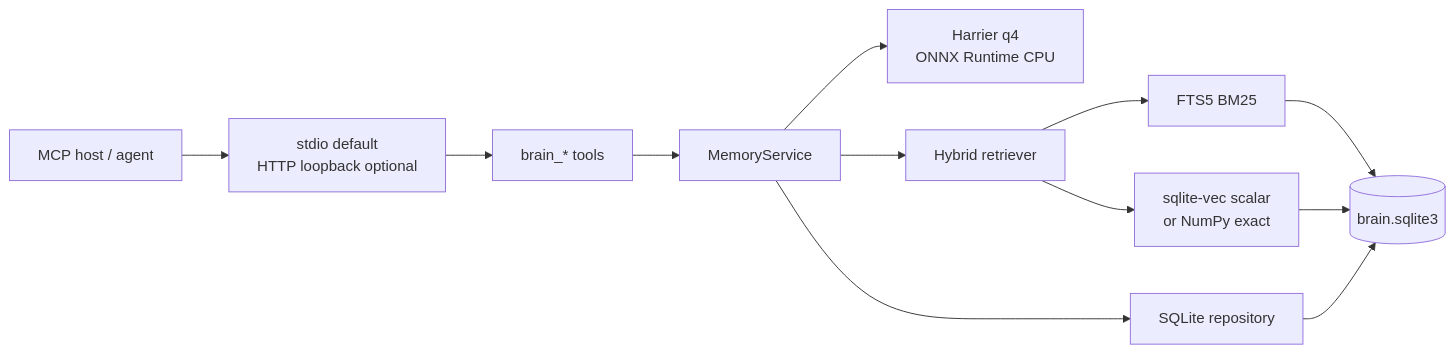
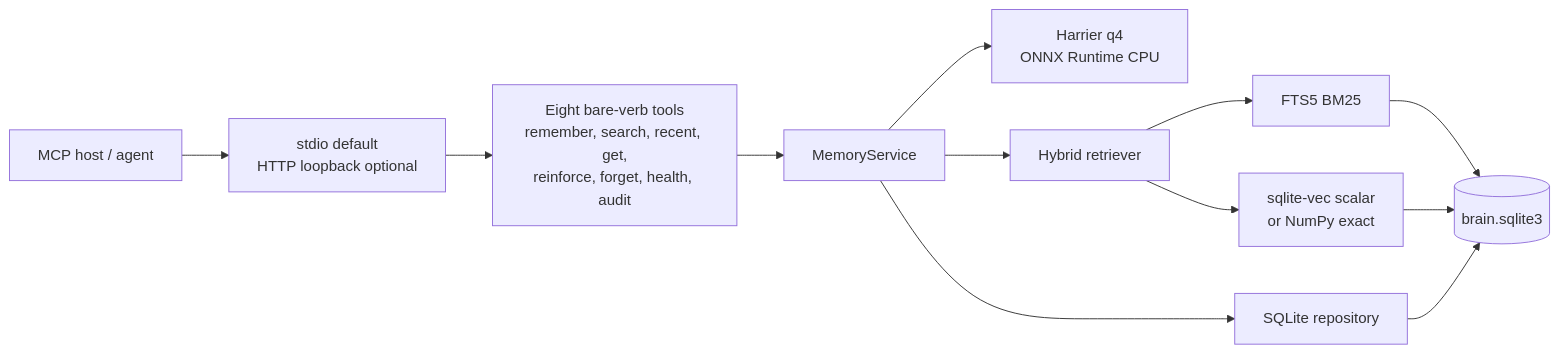
The diagram in .agents/plans/another-brain-architecture.md (Flowerf19/another-brain), drawn with Mermaid before and after one commit. The commit also changed other lines of this file and 26 other files, not shown here.

````diff
--- a/.agents/plans/another-brain-architecture.md
+++ b/.agents/plans/another-brain-architecture.md
@@ -54,14 +54,14 @@
 ```mermaid
 flowchart LR
     Host["MCP host / agent"] --> Transport["stdio default\nHTTP loopback optional"]
-    Transport --> Tools["brain_* tools"]
+    Transport --> Tools["Eight bare-verb tools<br/>remember, search, recent, get,<br/>reinforce, forget, health, audit"]
     Tools --> Service["MemoryService"]
     Service --> Embed["Harrier q4\nONNX Runtime CPU"]
     Service --> Retrieval["Hybrid retriever"]
     Service --> Repository["SQLite repository"]
     Retrieval --> Lexical["FTS5 BM25"]
     Retrieval --> Vector["sqlite-vec scalar\nor NumPy exact"]
     Lexical --> DB[("brain.sqlite3")]
     Vector --> DB
     Repository --> DB
 ```
````
